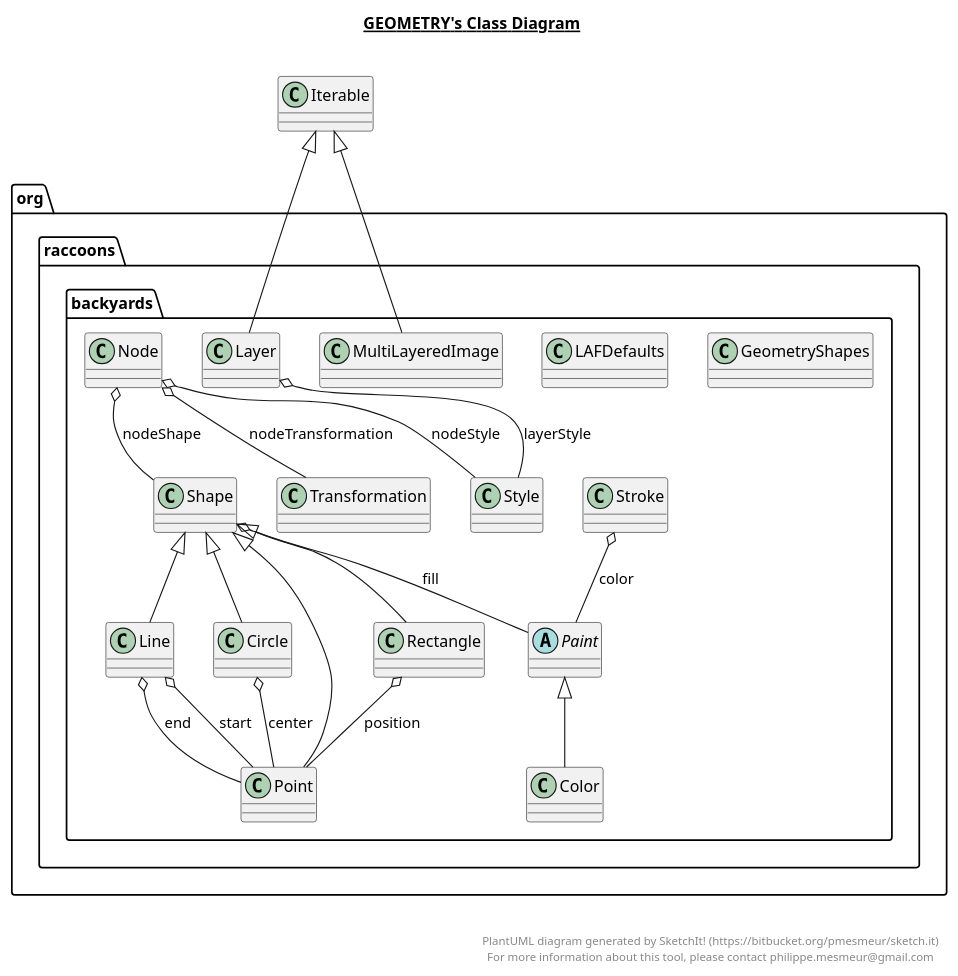
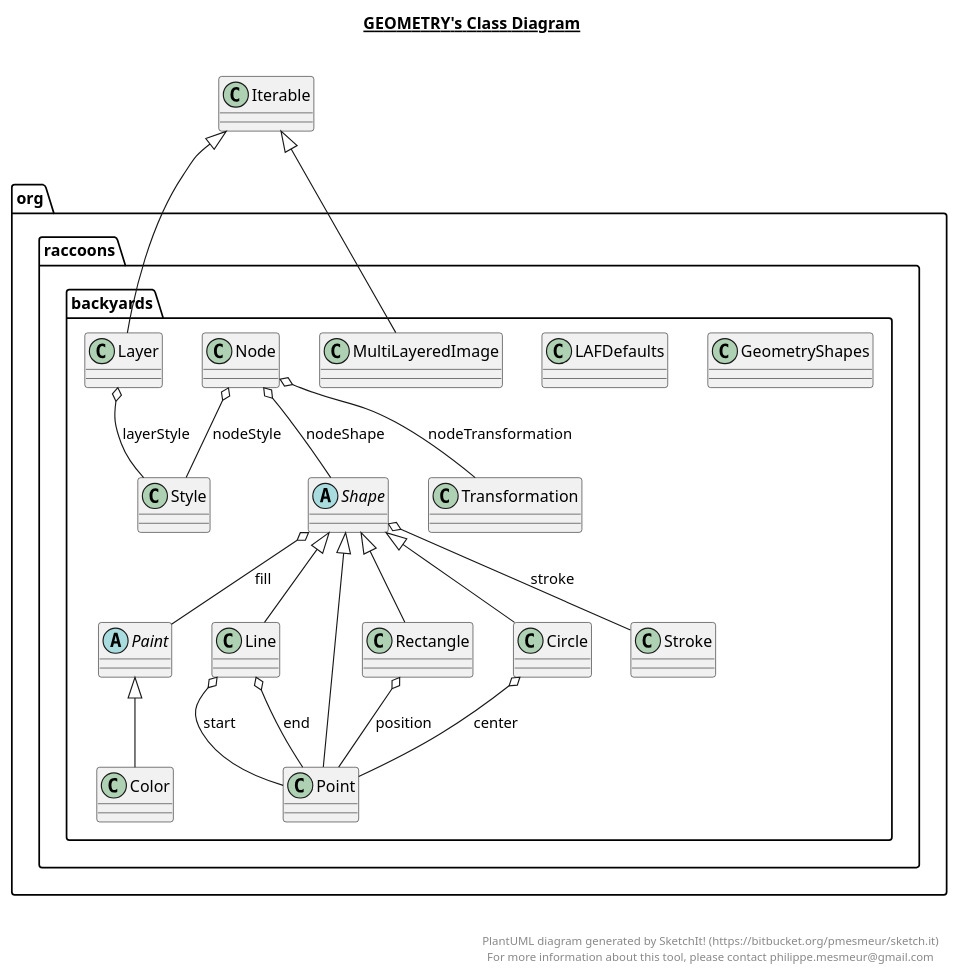
The diagram in geometry.plantuml (itraccoons/geometry), drawn with PlantUML before and after one commit. The commit also changed 13 other files, not shown here.

```diff
--- a/geometry.plantuml
+++ b/geometry.plantuml
@@ -1,121 +1,121 @@
 @startuml
 
 title __GEOMETRY's Class Diagram__\n
 
   package org.raccoons.backyards {
     class Circle {
     }
   }
   
 
   package org.raccoons.backyards {
     class Color {
     }
   }
   
 
   package org.raccoons.backyards {
     class GeometryShapes {
     }
   }
   
 
   package org.raccoons.backyards {
     class LAFDefaults {
     }
   }
   
 
   package org.raccoons.backyards {
     class Layer {
     }
   }
   
 
   package org.raccoons.backyards {
     class Line {
     }
   }
   
 
   package org.raccoons.backyards {
     class MultiLayeredImage {
     }
   }
   
 
   package org.raccoons.backyards {
     class Node {
     }
   }
   
 
   package org.raccoons.backyards {
     abstract class Paint {
     }
   }
   
 
   package org.raccoons.backyards {
     class Point {
     }
   }
   
 
   package org.raccoons.backyards {
     class Rectangle {
     }
   }
   
 
   package org.raccoons.backyards {
-    class Shape {
+    abstract class Shape {
     }
   }
   
 
   package org.raccoons.backyards {
     class Stroke {
     }
   }
   
 
   package org.raccoons.backyards {
     class Style {
     }
   }
   
 
   package org.raccoons.backyards {
     class Transformation {
     }
   }
   
 
   Circle -up-|> Shape
   Circle o-- Point : center
   Color -up-|> Paint
   Layer -up-|> Iterable
   Layer o-- Style : layerStyle
   Line -up-|> Shape
   Line o-- Point : start
   Line o-- Point : end
   MultiLayeredImage -up-|> Iterable
   Node o-- Shape : nodeShape
   Node o-- Style : nodeStyle
   Node o-- Transformation : nodeTransformation
   Point -up-|> Shape
   Rectangle -up-|> Shape
   Rectangle o-- Point : position
   Shape o-- Paint : fill
-  Stroke o-- Paint : color
+  Shape o-- Stroke : stroke
 
 
 right footer
 
 
 PlantUML diagram generated by SketchIt! (https://bitbucket.org/pmesmeur/sketch.it)
 For more information about this tool, please contact philippe.mesmeur@gmail.com
 endfooter
 
 @enduml
```
